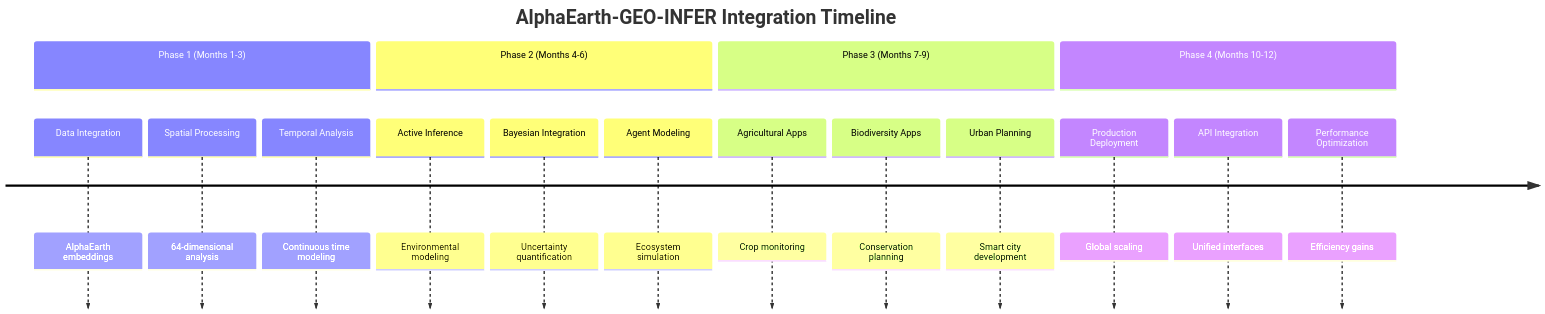
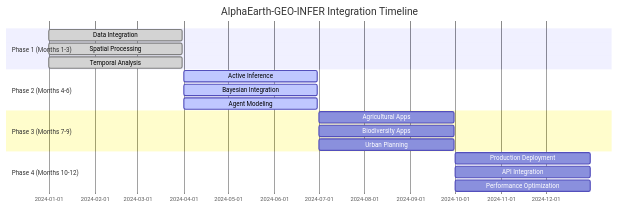
Diagram 11 of 12 in GEO-INFER-INTRA/docs/alphaearth/alphaearth-geo-infer.md (ActiveInferenceInstitute/GEO-INFER), drawn with Mermaid before and after one commit. The commit also changed other lines of this file, not shown here.

````diff
--- a/GEO-INFER-INTRA/docs/alphaearth/alphaearth-geo-infer.md
+++ b/GEO-INFER-INTRA/docs/alphaearth/alphaearth-geo-infer.md
@@ -933,20 +915,21 @@
 ```mermaid
-timeline
+gantt
     title AlphaEarth-GEO-INFER Integration Timeline
+    dateFormat  YYYY-MM-DD
     section Phase 1 (Months 1-3)
-        Data Integration : AlphaEarth embeddings
-        Spatial Processing : 64-dimensional analysis
-        Temporal Analysis : Continuous time modeling
+        Data Integration           :done,    p1, 2024-01-01, 2024-03-31
+        Spatial Processing         :done,    p2, 2024-01-01, 2024-03-31
+        Temporal Analysis          :done,    p3, 2024-01-01, 2024-03-31
     section Phase 2 (Months 4-6)
-        Active Inference : Environmental modeling
-        Bayesian Integration : Uncertainty quantification
-        Agent Modeling : Ecosystem simulation
+        Active Inference           :active,  p4, 2024-04-01, 2024-06-30
+        Bayesian Integration       :active,  p5, 2024-04-01, 2024-06-30
+        Agent Modeling             :active,  p6, 2024-04-01, 2024-06-30
     section Phase 3 (Months 7-9)
-        Agricultural Apps : Crop monitoring
-        Biodiversity Apps : Conservation planning
-        Urban Planning : Smart city development
+        Agricultural Apps          :         p7, 2024-07-01, 2024-09-30
+        Biodiversity Apps          :         p8, 2024-07-01, 2024-09-30
+        Urban Planning             :         p9, 2024-07-01, 2024-09-30
     section Phase 4 (Months 10-12)
-        Production Deployment : Global scaling
-        API Integration : Unified interfaces
-        Performance Optimization : Efficiency gains
+        Production Deployment      :         p10, 2024-10-01, 2024-12-31
+        API Integration            :         p11, 2024-10-01, 2024-12-31
+        Performance Optimization   :         p12, 2024-10-01, 2024-12-31
 ```
````
